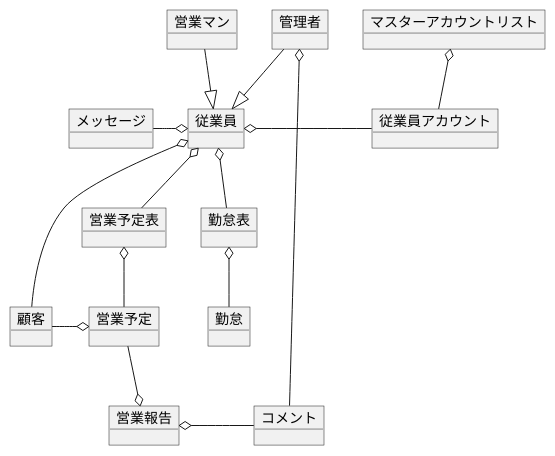
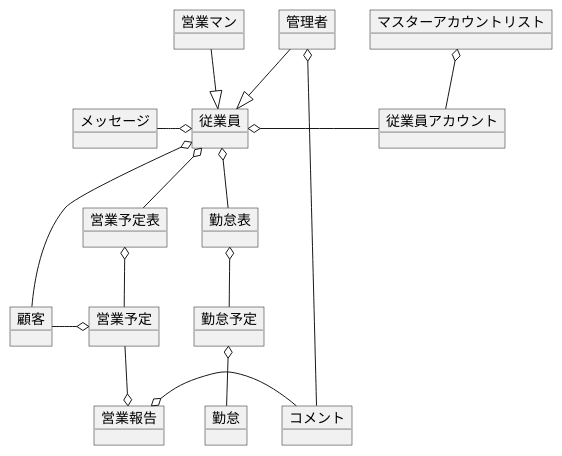
Before and after one commit to k42un0k0/k42un0k0force: the diagram in doc/v1.0.0/ドメインモデル.pu, drawn with PlantUML. The commit also changed 3 other files, not shown here.

```diff
--- a/doc/v1.0.0/ドメインモデル.pu
+++ b/doc/v1.0.0/ドメインモデル.pu
@@ -1,33 +1,35 @@
 @startuml ドメインモデル
 
 object 営業マン
 object 管理者
 object 従業員
 
 object 顧客
 object 営業予定表
 object 営業予定
 object 営業報告
 object コメント
 object 勤怠表
+object 勤怠予定
 object 勤怠
 object メッセージ
 object 従業員アカウント
 object マスターアカウントリスト
 
 営業マン --|> 従業員
 管理者 --|> 従業員
 従業員 o-right- 従業員アカウント
 マスターアカウントリスト o-- 従業員アカウント
 従業員 o-left- メッセージ
 従業員 o-- 顧客
 従業員 o-- 営業予定表
 営業予定表 o-- 営業予定
 営業予定 o-left- 顧客
 営業報告 o-up- 営業予定
 従業員 o-- 勤怠表
-勤怠表 o-- 勤怠
+勤怠表 o-- 勤怠予定
+勤怠予定 o-- 勤怠
 管理者 o-- コメント
 営業報告 o-right- コメント
 
 @enduml
```
